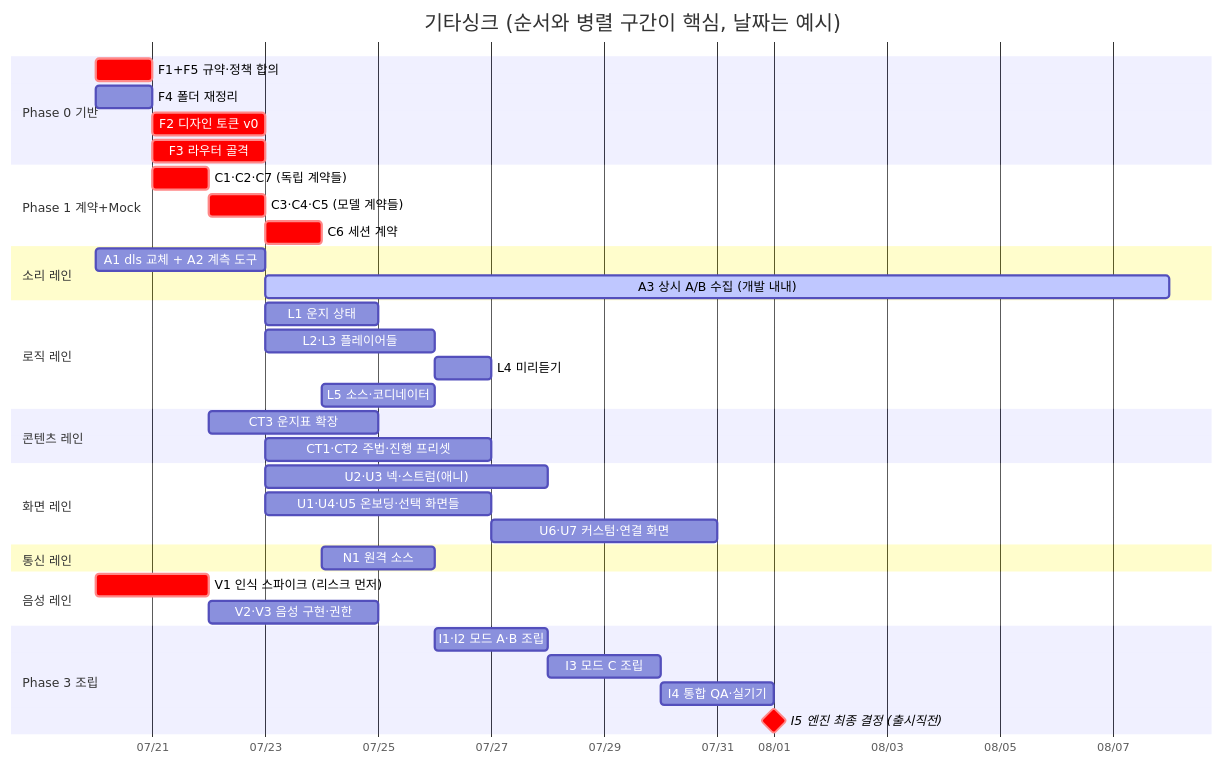
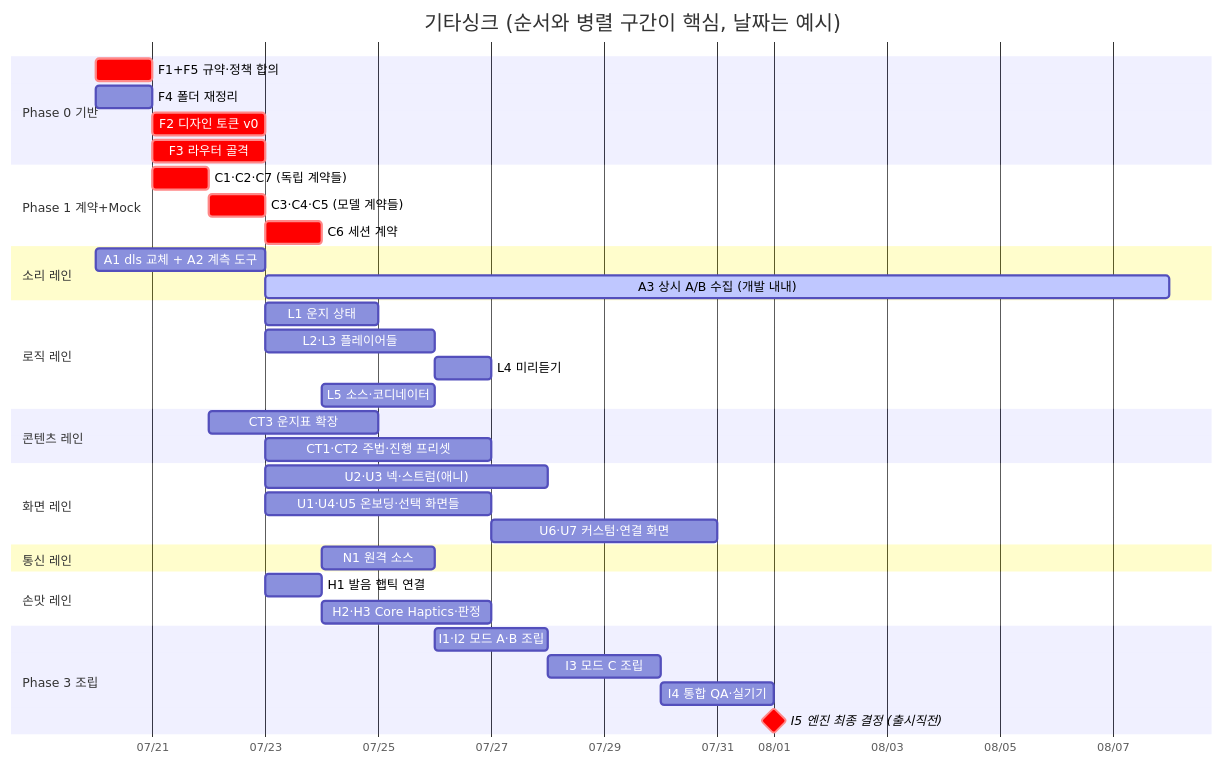
The third of 3 diagrams in docs/ROADMAP.md (DeveloperAcademy-POSTECH/2026-C4-M07-Nanlizabeth), drawn with Mermaid before and after one commit. The commit also changed other lines of this file and 3 other files, not shown here.

````diff
--- a/docs/ROADMAP.md
+++ b/docs/ROADMAP.md
@@ -172,49 +171,49 @@
 ```mermaid
 gantt
     title 기타싱크 (순서와 병렬 구간이 핵심, 날짜는 예시)
     dateFormat YYYY-MM-DD
     axisFormat %m/%d
 
     section Phase 0 기반
     F1+F5 규약·정책 합의        :crit, f1, 2026-07-20, 1d
     F4 폴더 재정리              :f4, 2026-07-20, 1d
     F2 디자인 토큰 v0           :crit, f2, after f1, 2d
     F3 라우터 골격              :crit, f3, after f1, 2d
 
     section Phase 1 계약+Mock
     C1·C2·C7 (독립 계약들)      :crit, c1, after f4, 1d
     C3·C4·C5 (모델 계약들)      :crit, c3, after c1, 1d
     C6 세션 계약                :crit, c6, after c3, 1d
 
     section 소리 레인
     A1 dls 교체 + A2 계측 도구  :a1, 2026-07-20, 3d
     A3 상시 A/B 수집 (개발 내내) :active, a3, after a1, 16d
 
     section 로직 레인
     L1 운지 상태                :l1, after c3, 2d
     L2·L3 플레이어들            :l2, after c3, 3d
     L4 미리듣기                 :l4, after l2, 1d
     L5 소스·코디네이터          :l5, after c6, 2d
 
     section 콘텐츠 레인
     CT3 운지표 확장             :ct3, after c1, 3d
     CT1·CT2 주법·진행 프리셋    :ct1, after c3, 4d
 
     section 화면 레인
     U2·U3 넥·스트럼(애니)       :u2, after f2, 5d
     U1·U4·U5 온보딩·선택 화면들 :u1, after f2, 4d
     U6·U7 커스텀·연결 화면      :u6, after u1, 4d
 
     section 통신 레인
     N1 원격 소스                :n1, after c6, 2d
 
-    section 음성 레인
-    V1 인식 스파이크 (리스크 먼저) :crit, v1, 2026-07-20, 2d
-    V2·V3 음성 구현·권한          :v2, after v1, 3d
+    section 손맛 레인
+    H1 발음 햅틱 연결           :h1, after c3, 1d
+    H2·H3 Core Haptics·판정      :h2, after h1, 3d
 
     section Phase 3 조립
     I1·I2 모드 A·B 조립         :i1, after l5, 2d
     I3 모드 C 조립              :i3, after i1, 2d
     I4 통합 QA·실기기           :i4, after i3, 2d
     I5 엔진 최종 결정 (출시직전) :crit, milestone, i5, after i4, 0d
 ```
````
